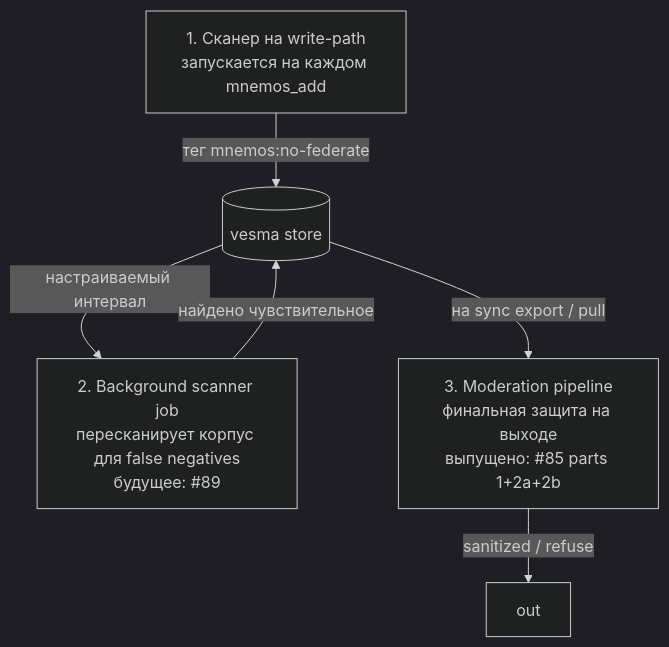
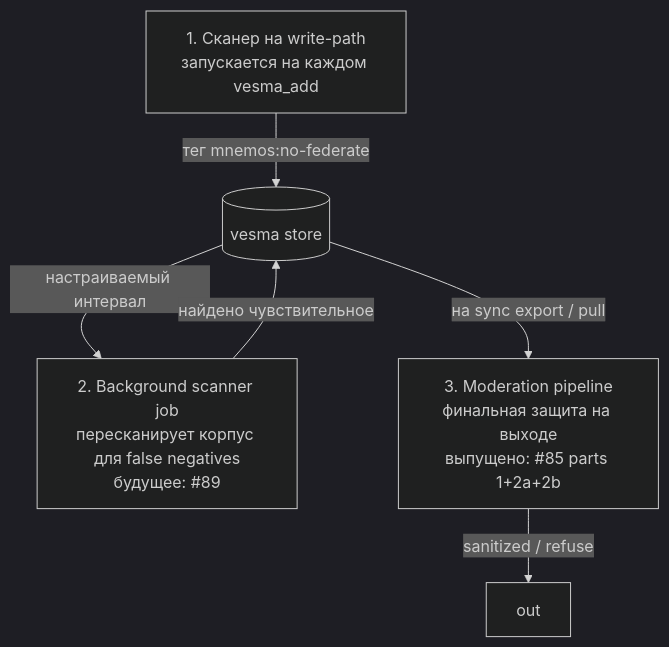
Before and after one commit to vesmaro/vesma: the diagram in docs/ru/admin/security.md, drawn with Mermaid (dark theme). The commit also changed other lines of this file and 97 other files, not shown here.

````diff
--- a/docs/ru/admin/security.md
+++ b/docs/ru/admin/security.md
@@ -409,8 +409,8 @@
 ```mermaid
 flowchart TB
-    L1[1. Сканер на write-path\nзапускается на каждом mnemos_add] -->|тег mnemos:no-federate| DB[(vesma store)]
+    L1[1. Сканер на write-path\nзапускается на каждом vesma_add] -->|тег mnemos:no-federate| DB[(vesma store)]
     DB -->|настраиваемый интервал| L2[2. Background scanner job\nпересканирует корпус для false negatives\nбудущее: #89]
     L2 -->|найдено чувствительное| DB
     DB -->|на sync export / pull| L3[3. Moderation pipeline\nфинальная защита на выходе\nвыпущено: #85 parts 1+2a+2b]
     L3 -->|sanitized / refuse| OUT[out]
 ```
````
